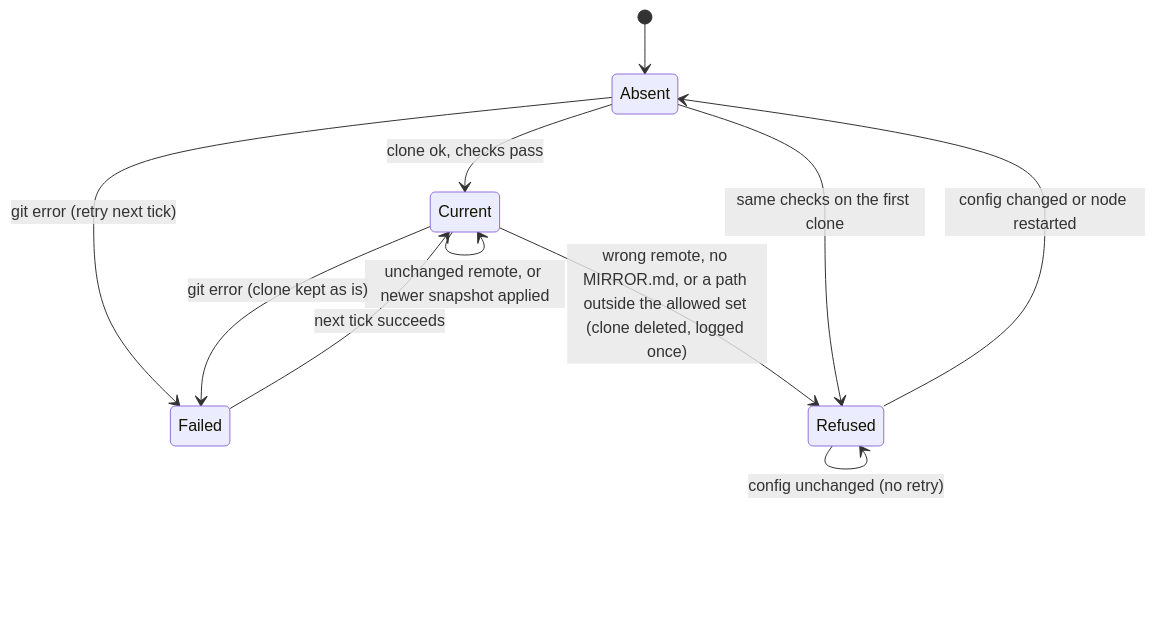
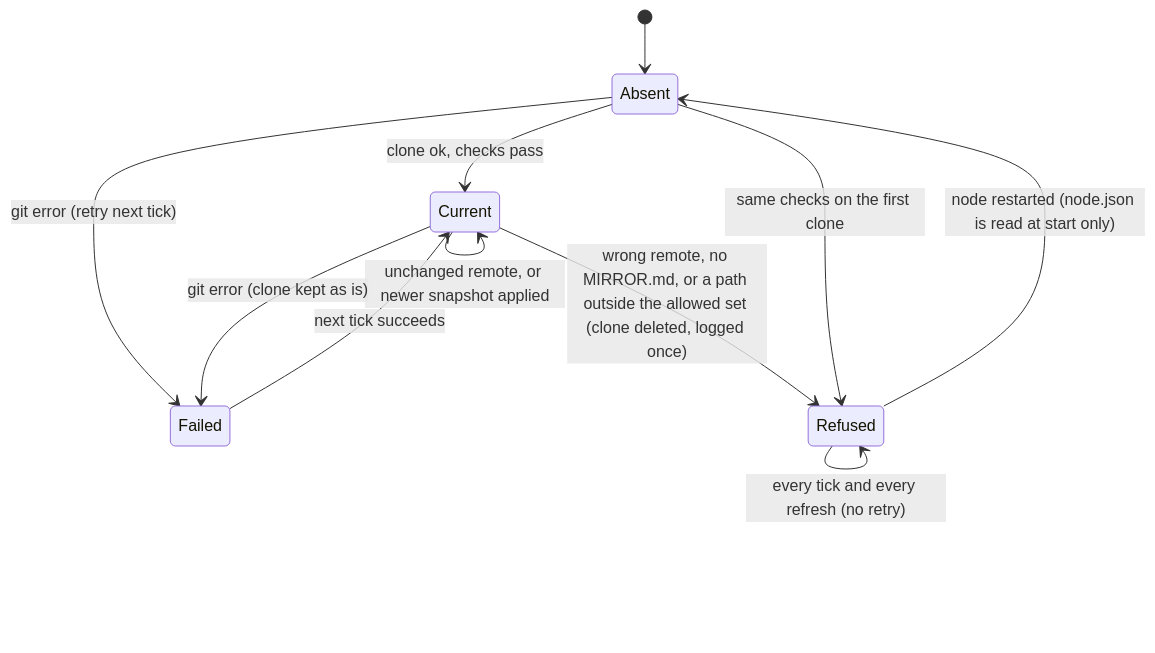
The third of 4 diagrams in _specs/47-browsable-memory-laptop.md (zyggy-org/zyggy), drawn with Mermaid before and after one commit. The commit also changed other lines of this file, not shown here.

````diff
--- a/_specs/47-browsable-memory-laptop.md
+++ b/_specs/47-browsable-memory-laptop.md
@@ -103,13 +105,13 @@
 ```mermaid
 stateDiagram-v2
   [*] --> Absent
   Absent --> Current: clone ok, checks pass
   Absent --> Failed: git error (retry next tick)
   Current --> Current: unchanged remote, or newer snapshot applied
   Current --> Failed: git error (clone kept as is)
   Failed --> Current: next tick succeeds
   Current --> Refused: wrong remote, no MIRROR.md, or a path outside the allowed set (clone deleted, logged once)
   Absent --> Refused: same checks on the first clone
-  Refused --> Refused: config unchanged (no retry)
-  Refused --> Absent: config changed or node restarted
+  Refused --> Refused: every tick and every refresh (no retry)
+  Refused --> Absent: node restarted (node.json is read at start only)
 ```
````
